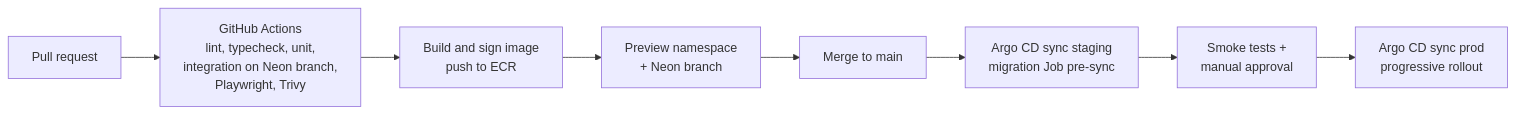
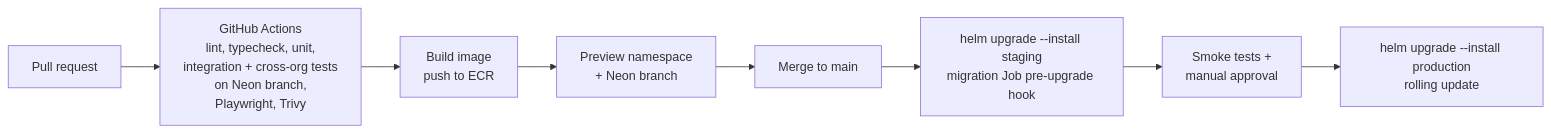
One commit to simpleHacker0893/ethanel-estate-property-managers changed the seventh of 7 diagrams in .docs/ARCHITECTURE.md. Above: the diagram before and after it, drawn with Mermaid. The commit also changed other lines of this file and 98 other files, not shown here.

````diff
--- a/.docs/ARCHITECTURE.md
+++ b/.docs/ARCHITECTURE.md
@@ -546,10 +623,10 @@
 ```mermaid
 flowchart LR
-  PR["Pull request"] --> CI["GitHub Actions<br/>lint, typecheck, unit,<br/>integration on Neon branch,<br/>Playwright, Trivy"]
-  CI --> IMG["Build and sign image<br/>push to ECR"]
+  PR["Pull request"] --> CI["GitHub Actions<br/>lint, typecheck, unit,<br/>integration + cross-org tests<br/>on Neon branch,<br/>Playwright, Trivy"]
+  CI --> IMG["Build image<br/>push to ECR"]
   IMG --> PREV["Preview namespace<br/>+ Neon branch"]
   PREV --> MERGE["Merge to main"]
-  MERGE --> STG["Argo CD sync staging<br/>migration Job pre-sync"]
+  MERGE --> STG["helm upgrade --install staging<br/>migration Job pre-upgrade hook"]
   STG --> GATE["Smoke tests +<br/>manual approval"]
-  GATE --> PROD["Argo CD sync prod<br/>progressive rollout"]
+  GATE --> PROD["helm upgrade --install production<br/>rolling update"]
 ```
````
